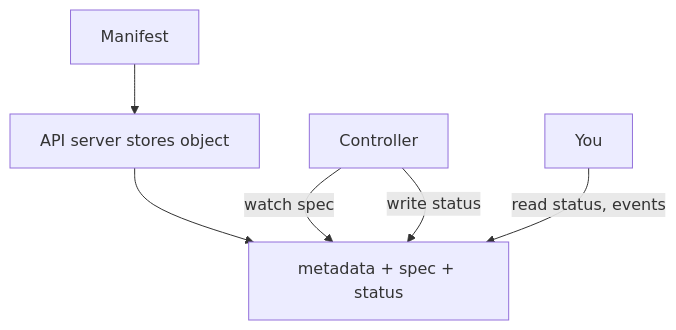
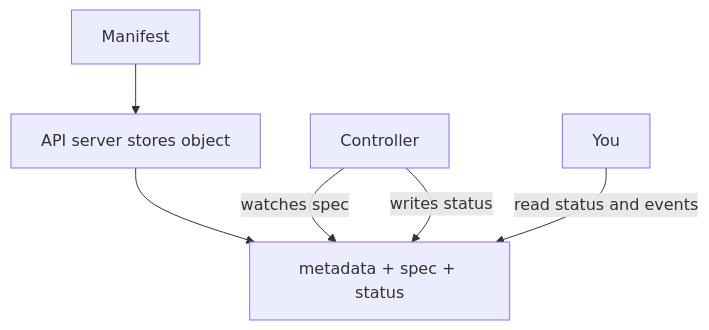
The diagram in docs/learn/cluster/objects-and-api.md (darshan-raul/apollo11-docs), drawn with Mermaid before and after one commit. The commit also changed other lines of this file and 55 other files, not shown here.

````diff
--- a/docs/learn/cluster/objects-and-api.md
+++ b/docs/learn/cluster/objects-and-api.md
@@ -26,8 +30,8 @@
 ```mermaid
 flowchart TB
   M[Manifest] --> API[API server stores object]
   API --> O[metadata + spec + status]
-  Ctrl[Controller] -->|watch spec| O
-  Ctrl -->|write status| O
-  You -->|read status, events| O
+  Ctrl[Controller] -->|watches spec| O
+  Ctrl -->|writes status| O
+  You -->|read status and events| O
 ```
````
